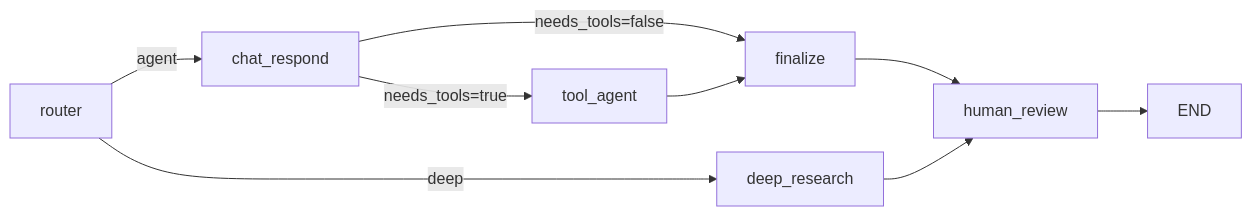
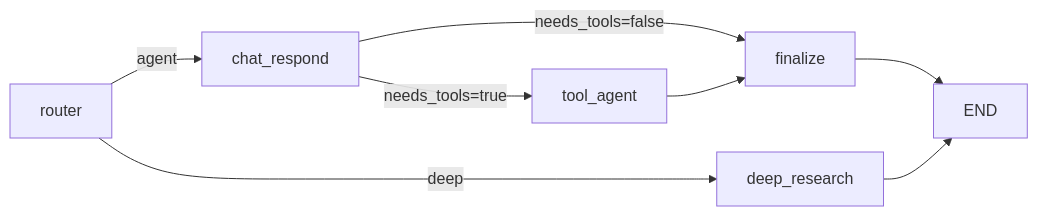
Before and after one commit to MaplumeX/Weaver: the second of 4 diagrams in docs/superpowers/specs/2026-04-06-agent-chat-first-runtime-design.md, drawn with Mermaid. The commit also changed other lines of this file and 20 other files, not shown here.

Commit message:
refactor(runtime): remove human review node

````diff
--- a/docs/superpowers/specs/2026-04-06-agent-chat-first-runtime-design.md
+++ b/docs/superpowers/specs/2026-04-06-agent-chat-first-runtime-design.md
@@ -106,13 +108,12 @@
 ```mermaid
 flowchart LR
     Router["router"] -->|agent| Chat["chat_respond"]
     Router -->|deep| Deep["deep_research"]
 
     Chat -->|needs_tools=false| Finalize["finalize"]
     Chat -->|needs_tools=true| Tool["tool_agent"]
     Tool --> Finalize
 
-    Finalize --> Human["human_review"]
-    Deep --> Human
-    Human --> END
+    Finalize --> END
+    Deep --> END
 ```
````
